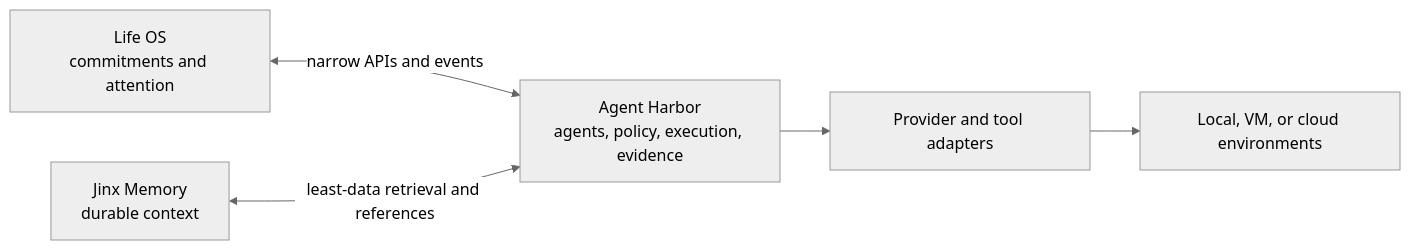
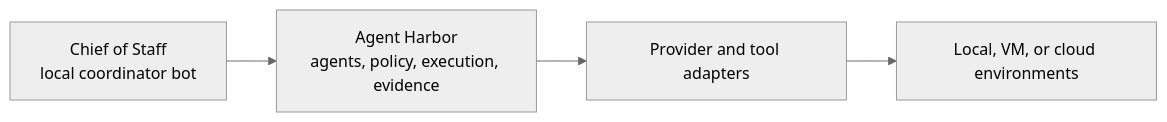
The diagram in ARCHITECTURE.md (LauraFlorey/agent-harbor), drawn with Mermaid (neutral theme) before and after one commit. The commit also changed other lines of this file and 11 other files, not shown here.

````diff
--- a/ARCHITECTURE.md
+++ b/ARCHITECTURE.md
@@ -16,13 +19,11 @@
 ```mermaid
 flowchart LR
-    L[Life OS\ncommitments and attention]
-    J[Jinx Memory\ndurable context]
+    C[Chief of Staff\nlocal coordinator bot]
     H[Agent Harbor\nagents, policy, execution, evidence]
     A[Provider and tool adapters]
     E[Local, VM, or cloud environments]
 
-    L <-->|narrow APIs and events| H
-    J <-->|least-data retrieval and references| H
+    C --> H
     H --> A
     A --> E
 ```
````
